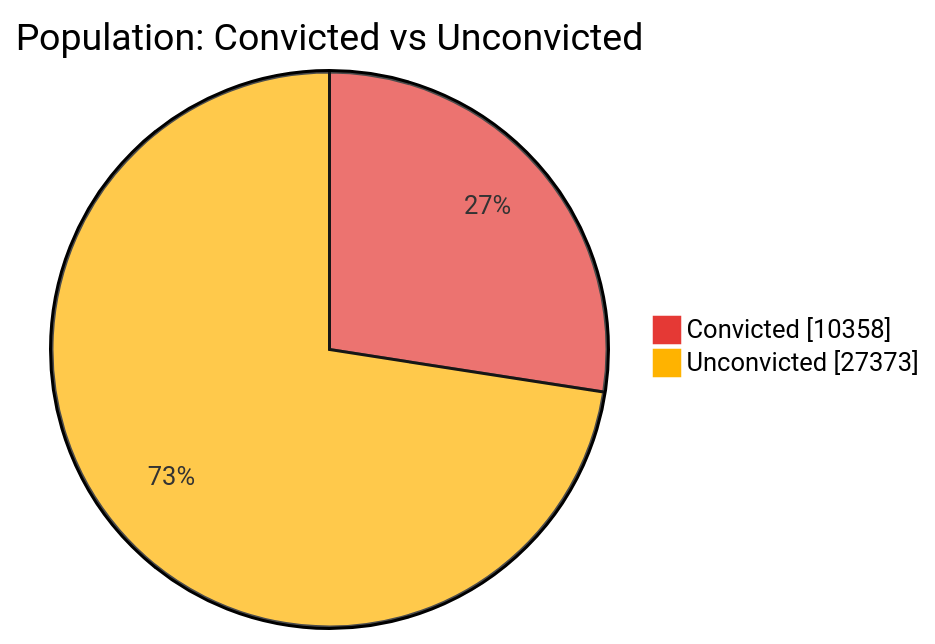
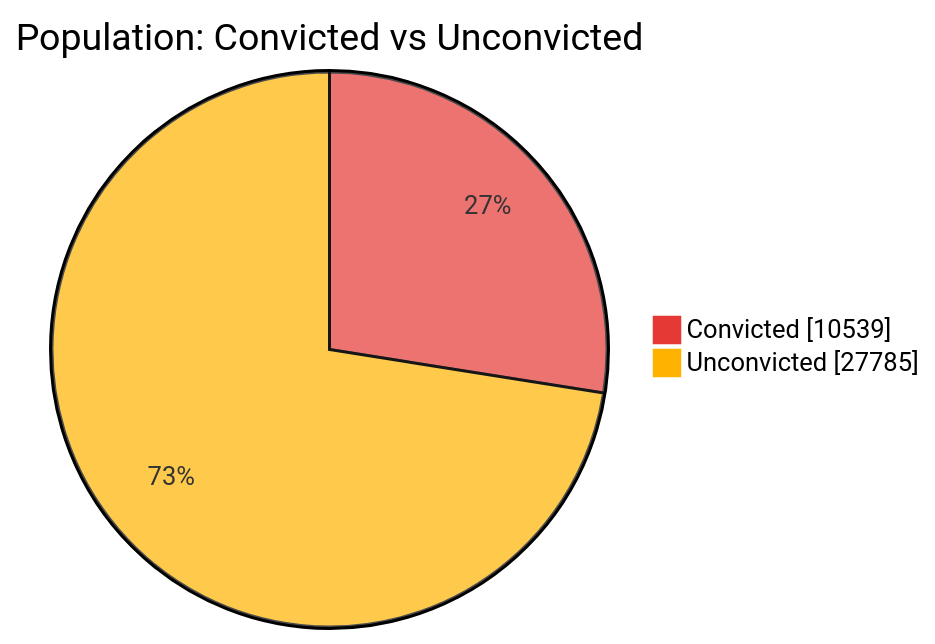
Before and after one commit to nuuuwan/lk_prisons: the first of 7 diagrams in README.md, drawn with Mermaid. The commit also changed other lines of this file and 1 other file, not shown here.

````diff
--- a/README.md
+++ b/README.md
@@ -43,6 +43,6 @@
 ```mermaid
 %%{init: {'themeVariables': {'pie1': '#E53935', 'pie2': '#FFB300'}}}%%
 pie showData title Population: Convicted vs Unconvicted
-    "Convicted" : 10358
-    "Unconvicted" : 27373
+    "Convicted" : 10539
+    "Unconvicted" : 27785
 ```
````
